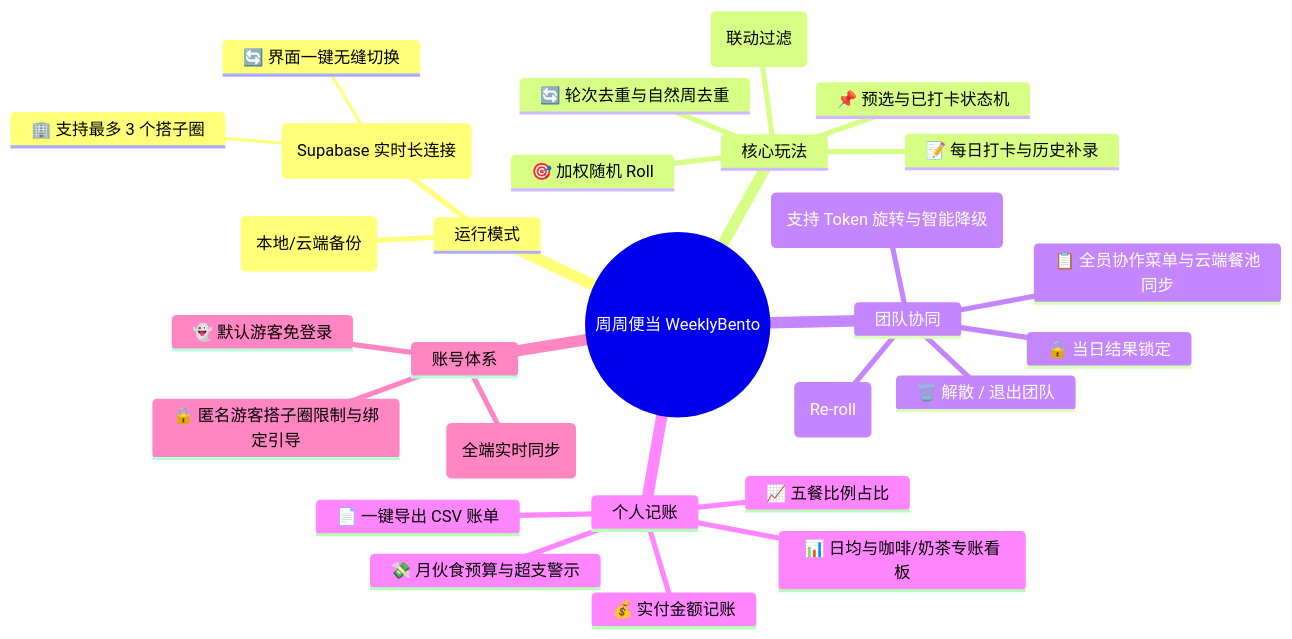
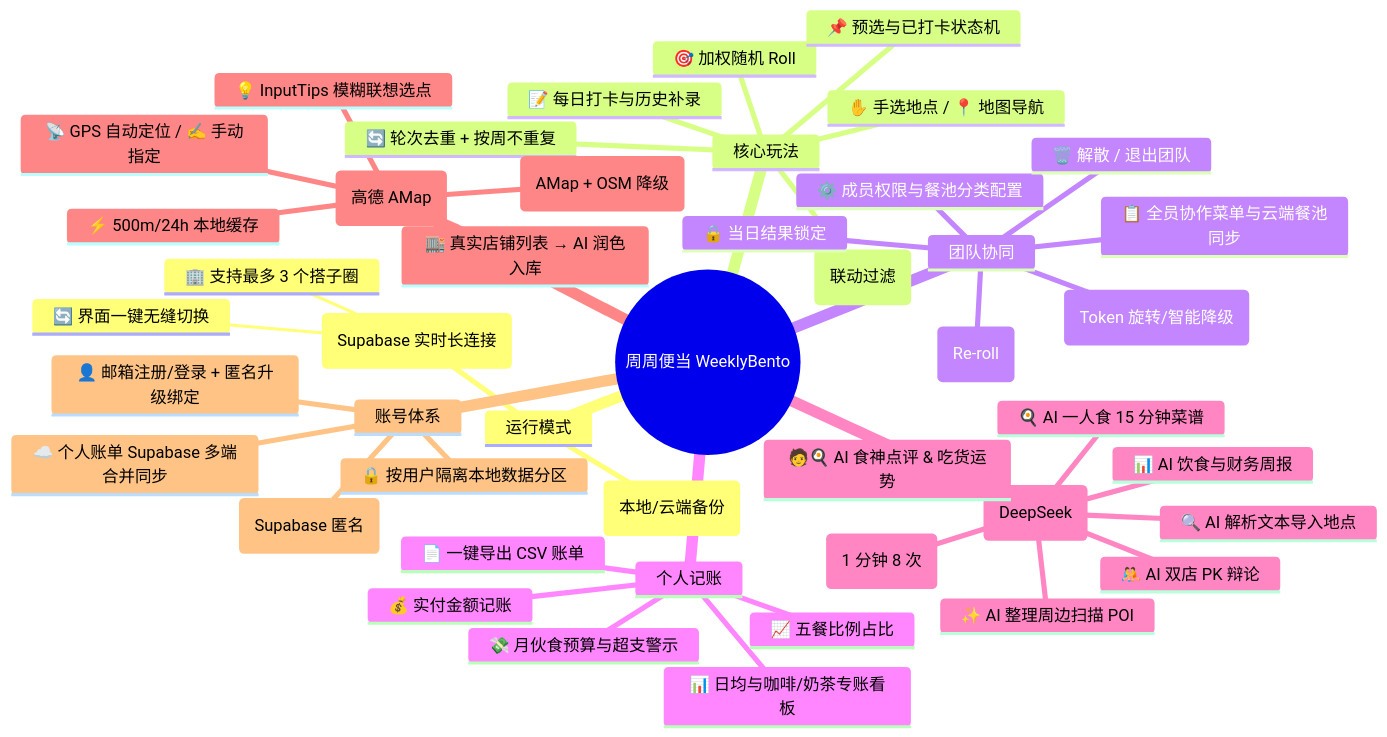
One commit to wangdengbin/weeklybento changed the first of 3 diagrams in doc/GAMEPLAY_AND_RULES.md. Above: the diagram before and after it, drawn with Mermaid. The commit also changed other lines of this file and 1 other file, not shown here.

````diff
--- a/doc/GAMEPLAY_AND_RULES.md
+++ b/doc/GAMEPLAY_AND_RULES.md
@@ -11,31 +13,48 @@
 ```mermaid
 mindmap
   root((周周便当 WeeklyBento))
     运行模式
       🏠 个人独享模式 (本地/云端备份)
       👥 多团队协同模式 (Supabase 实时长连接)
         🏢 支持最多 3 个搭子圈
         🔄 界面一键无缝切换
     核心玩法
       🎯 加权随机 Roll
-      🔄 轮次去重与自然周去重
+      🔄 轮次去重 + 按周不重复
       📝 每日打卡与历史补录
       🌅 5大场景餐池 (联动过滤)
       📌 预选与已打卡状态机
+      ✋ 手选地点 / 📍 地图导航
     团队协同
       🔒 当日结果锁定
       🎲 全员重新选定 (Re-roll)
       📋 全员协作菜单与云端餐池同步
-      🔗 专属安全邀请链接 (支持 Token 旋转与智能降级)
+      🔗 专属安全邀请链接 (Token 旋转/智能降级)
+      ⚙️ 成员权限与餐池分类配置
       🗑️ 解散 / 退出团队
     个人记账
       💰 实付金额记账
       📊 日均与咖啡/奶茶专账看板
       📈 五餐比例占比
       💸 月伙食预算与超支警示
       📄 一键导出 CSV 账单
+    AI 能力 (DeepSeek)
+      🔍 AI 解析文本导入地点
+      🧑🍳 AI 食神点评 & 吃货运势
+      📊 AI 饮食与财务周报
+      🤼 AI 双店 PK 辩论
+      🍳 AI 一人食 15 分钟菜谱
+      ✨ AI 整理周边扫描 POI
+      🛡️ IP 限流防刷 (1 分钟 8 次)
+    周边扫描 (高德 AMap)
+      📡 GPS 自动定位 / ✍️ 手动指定
+      💡 InputTips 模糊联想选点
+      🗺️ 逆地理编码 (AMap + OSM 降级)
+      ⚡ 500m/24h 本地缓存
+      🏬 真实店铺列表 → AI 润色入库
     账号体系
-      👻 默认游客免登录
-      👤 邮箱注册绑定 (全端实时同步)
-      🔒 匿名游客搭子圈限制与绑定引导
+      👻 默认游客免登录 (Supabase 匿名)
+      👤 邮箱注册/登录 + 匿名升级绑定
+      🔒 按用户隔离本地数据分区
+      ☁️ 个人账单 Supabase 多端合并同步
 ```
````
